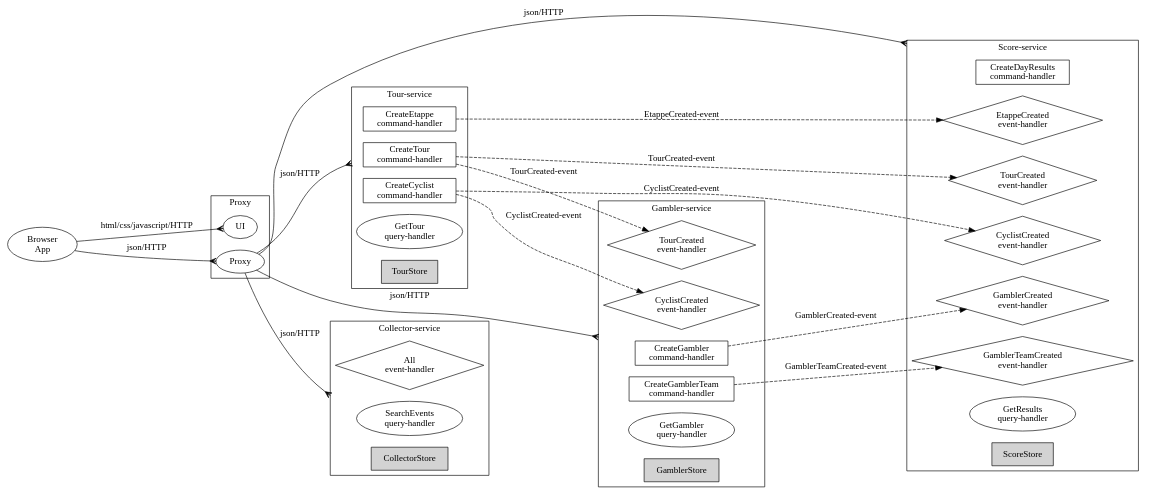
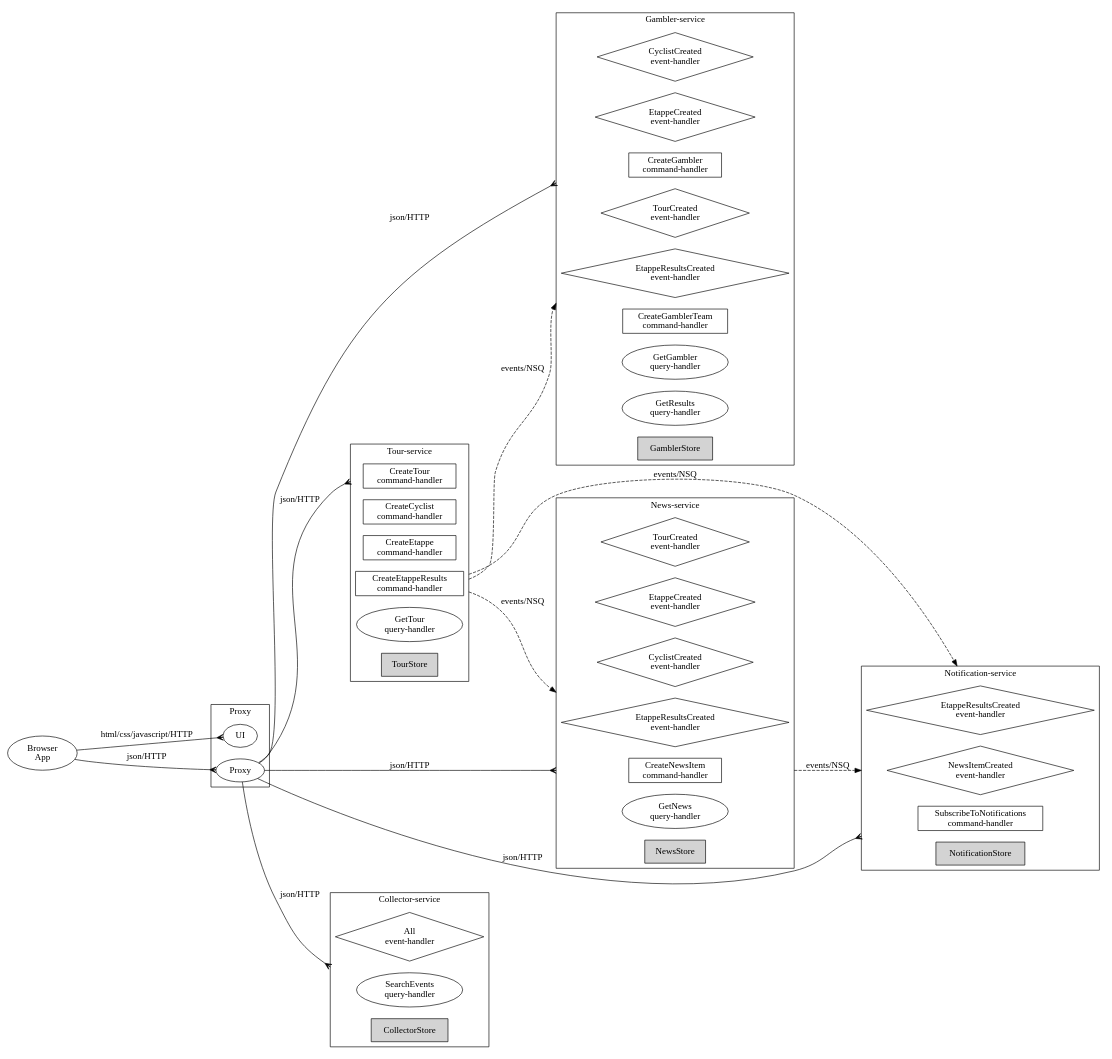
The diagram in tourApp/doc/graphviz.dot (MarcGrol/microgen), drawn with Graphviz before and after one commit. The commit also changed 23 other files, not shown here.

Commit message:
Added new service, better graphviz

```diff
--- a/tourApp/doc/graphviz.dot
+++ b/tourApp/doc/graphviz.dot
@@ -32,6 +32,10 @@
 				"TourCreateEtappe"  [label="CreateEtappe\ncommand-handler", shape=box];
 			
 		
+			 
+				"TourCreateEtappeResults"  [label="CreateEtappeResults\ncommand-handler", shape=box];
+			
+		
 			
 			    "TourGetTour"  [label="GetTour\nquery-handler"];
 			
@@ -46,9 +50,13 @@
 
 		// events
 		 
+			"GamblerCyclistCreated" [label="CyclistCreated\nevent-handler", shape=diamond];
+		 
+			"GamblerEtappeCreated" [label="EtappeCreated\nevent-handler", shape=diamond];
+		 
+			"GamblerEtappeResultsCreated" [label="EtappeResultsCreated\nevent-handler", shape=diamond];
+		 
 			"GamblerTourCreated" [label="TourCreated\nevent-handler", shape=diamond];
-		 
-			"GamblerCyclistCreated" [label="CyclistCreated\nevent-handler", shape=diamond];
 		
 		// commands
 		
@@ -64,38 +72,60 @@
 			    "GamblerGetGambler"  [label="GetGambler\nquery-handler"];
 			
 		
+			
+			    "GamblerGetResults"  [label="GetResults\nquery-handler"];
+			
+		
 		// store
 		"GamblerStore" [shape=box, style=filled];
 	}
 
-	subgraph clusterscore {
+	subgraph clusternews {
 		
-		label="Score-service";
+		label="News-service";
 
 		// events
 		 
-			"ScoreCyclistCreated" [label="CyclistCreated\nevent-handler", shape=diamond];
+			"NewsTourCreated" [label="TourCreated\nevent-handler", shape=diamond];
 		 
-			"ScoreGamblerCreated" [label="GamblerCreated\nevent-handler", shape=diamond];
+			"NewsEtappeCreated" [label="EtappeCreated\nevent-handler", shape=diamond];
 		 
-			"ScoreGamblerTeamCreated" [label="GamblerTeamCreated\nevent-handler", shape=diamond];
+			"NewsCyclistCreated" [label="CyclistCreated\nevent-handler", shape=diamond];
 		 
-			"ScoreTourCreated" [label="TourCreated\nevent-handler", shape=diamond];
-		 
-			"ScoreEtappeCreated" [label="EtappeCreated\nevent-handler", shape=diamond];
+			"NewsEtappeResultsCreated" [label="EtappeResultsCreated\nevent-handler", shape=diamond];
 		
 		// commands
 		
 			 
-				"ScoreCreateDayResults"  [label="CreateDayResults\ncommand-handler", shape=box];
+				"NewsCreateNewsItem"  [label="CreateNewsItem\ncommand-handler", shape=box];
 			
 		
 			
-			    "ScoreGetResults"  [label="GetResults\nquery-handler"];
+			    "NewsGetNews"  [label="GetNews\nquery-handler"];
 			
 		
 		// store
-		"ScoreStore" [shape=box, style=filled];
+		"NewsStore" [shape=box, style=filled];
+	}
+
+	subgraph clusternotification {
+		
+		label="Notification-service";
+
+		// events
+		 
+			"NotificationEtappeResultsCreated" [label="EtappeResultsCreated\nevent-handler", shape=diamond];
+		 
+			"NotificationNewsItemCreated" [label="NewsItemCreated\nevent-handler", shape=diamond];
+		
+		// commands
+		
+			 
+				"NotificationSubscribeToNotifications"  [label="SubscribeToNotifications\ncommand-handler", shape=box];
+			
+		
+		// store
+		"NotificationStore" [shape=box, style=filled];
 	}
 
 
@@ -134,6 +164,8 @@
 	
 	//"Proxy" -> "TourCreateEtappe" [label="json/HTTP", arrowhead=crow];
 	
+	//"Proxy" -> "TourCreateEtappeResults" [label="json/HTTP", arrowhead=crow];
+	
 	//"Proxy" -> "TourGetTour" [label="json/HTTP", arrowhead=crow];
 	
 
@@ -145,24 +177,28 @@
 	
 	//"Proxy" -> "GamblerGetGambler" [label="json/HTTP", arrowhead=crow];
 	
+	//"Proxy" -> "GamblerGetResults" [label="json/HTTP", arrowhead=crow];
+	
 
 	
-	"Proxy" -> "ScoreCreateDayResults" [label="json/HTTP", lhead=clusterscore, arrowhead=crow];
+	"Proxy" -> "NewsCreateNewsItem" [label="json/HTTP", lhead=clusternews, arrowhead=crow];
 	// omit other commands and queries for readability
 	
-	//"Proxy" -> "ScoreGetResults" [label="json/HTTP", arrowhead=crow];
+	//"Proxy" -> "NewsGetNews" [label="json/HTTP", arrowhead=crow];
+	
+
+	
+	"Proxy" -> "NotificationSubscribeToNotifications" [label="json/HTTP", lhead=clusternotification, arrowhead=crow];
+	// omit other commands and queries for readability
 	
 
 	"Proxy" -> "CollectorSearchEvents" [label="json/HTTP", lhead=clustercollector, arrowhead=crow];
 
 	// edges for events
-	"TourCreateTour" -> "GamblerTourCreated" [label="TourCreated-event", style=dashed];
-	"TourCreateTour" -> "ScoreTourCreated" [label="TourCreated-event", style=dashed];
-	"TourCreateCyclist" -> "GamblerCyclistCreated" [label="CyclistCreated-event", style=dashed];
-	"TourCreateCyclist" -> "ScoreCyclistCreated" [label="CyclistCreated-event", style=dashed];
-	"TourCreateEtappe" -> "ScoreEtappeCreated" [label="EtappeCreated-event", style=dashed];
-	"GamblerCreateGambler" -> "ScoreGamblerCreated" [label="GamblerCreated-event", style=dashed];
-	"GamblerCreateGamblerTeam" -> "ScoreGamblerTeamCreated" [label="GamblerTeamCreated-event", style=dashed];
+	"TourCreateEtappeResults" -> "GamblerEtappeResultsCreated" [label="events/NSQ", ltail="clustertour", lhead="clustergambler",style=dashed];
+	"TourCreateEtappeResults" -> "NewsEtappeResultsCreated" [label="events/NSQ", ltail="clustertour", lhead="clusternews",style=dashed];
+	"TourCreateEtappeResults" -> "NotificationEtappeResultsCreated" [label="events/NSQ", ltail="clustertour", lhead="clusternotification",style=dashed];
+	"NewsCreateNewsItem" -> "NotificationNewsItemCreated" [label="events/NSQ", ltail="clusternews", lhead="clusternotification",style=dashed];
 
 
 }
```
